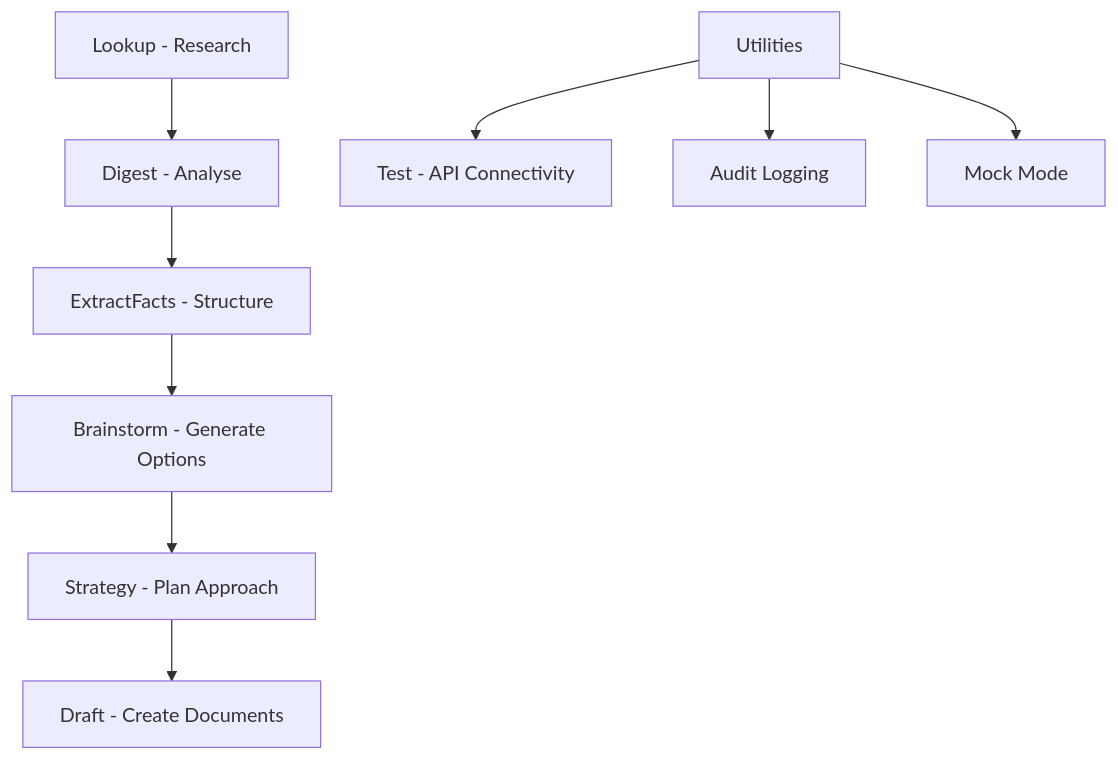
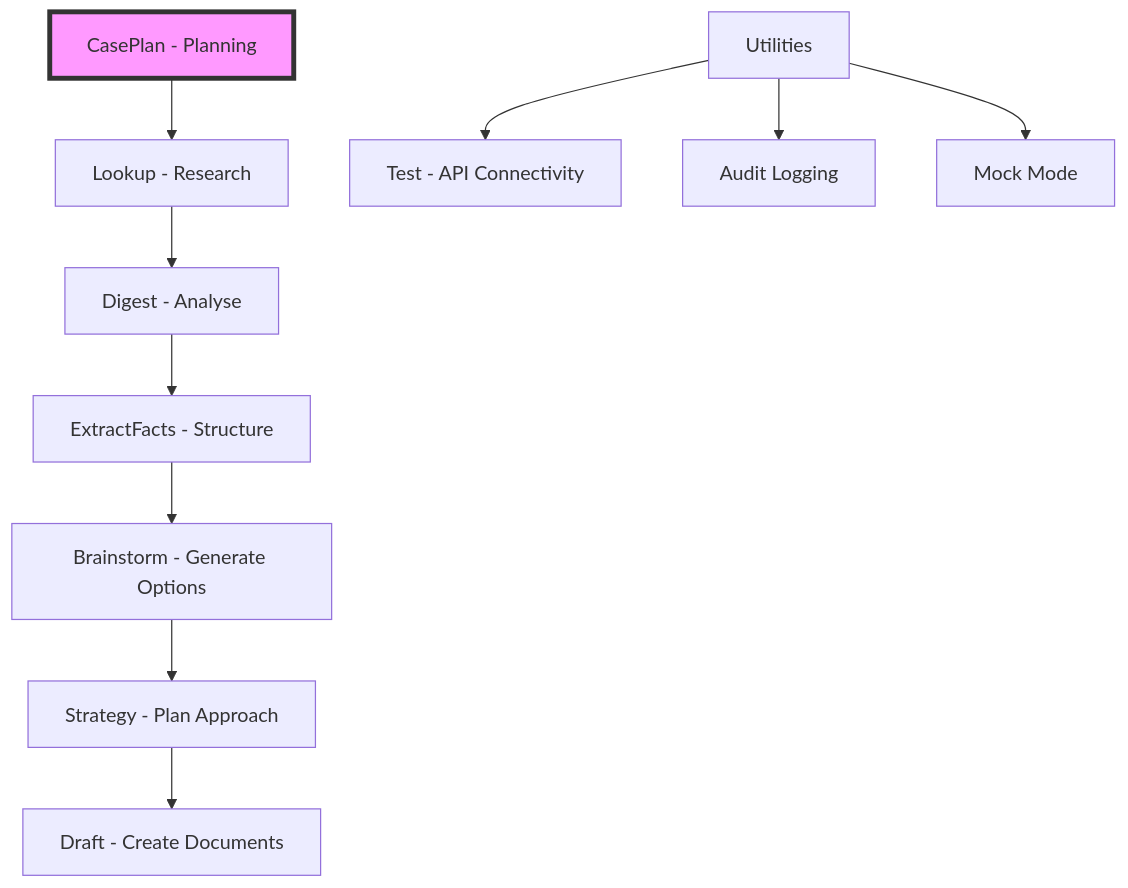
Before and after one commit to agelastic/litassist-priv: the first of 2 diagrams in docs/user/LitAssist_User_Guide.md, drawn with Mermaid. The commit also changed other lines of this file and 7 other files, not shown here.

````diff
--- a/docs/user/LitAssist_User_Guide.md
+++ b/docs/user/LitAssist_User_Guide.md
@@ -22,12 +22,15 @@
 ```mermaid
 graph TD
-    A["Lookup - Research"] --> B["Digest - Analyse"]
+    CP["CasePlan - Planning"] --> A["Lookup - Research"]
+    A --> B["Digest - Analyse"]
     B --> C["ExtractFacts - Structure"]
     C --> D["Brainstorm - Generate Options"]
     D --> E["Strategy - Plan Approach"]
     E --> F["Draft - Create Documents"]
     
     G[Utilities] --> H["Test - API Connectivity"]
     G --> I["Audit Logging"]
     G --> J["Mock Mode"]
+    
+    style CP fill:#f9f,stroke:#333,stroke-width:4px
 ```
````
